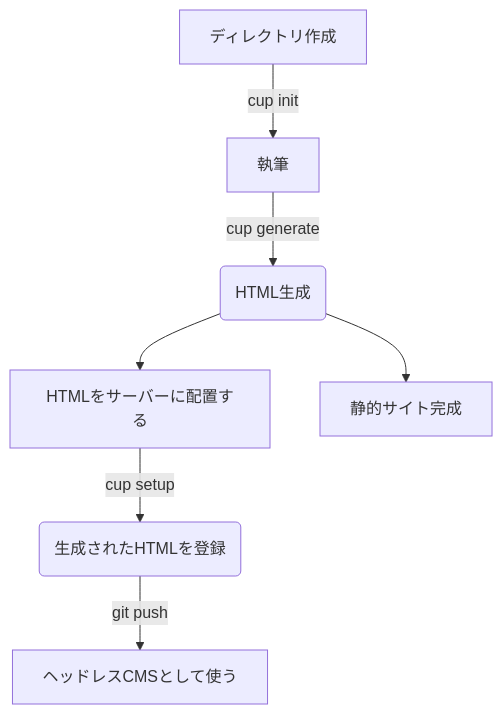
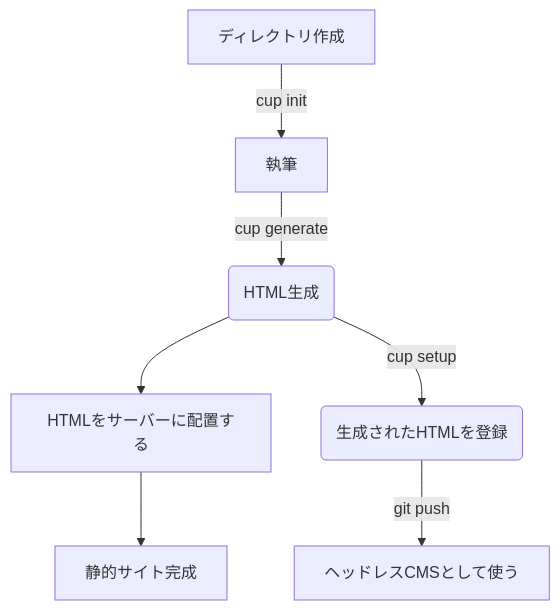
Before and after one commit to Comamoca/cappuccino: the diagram in README.md, drawn with Mermaid.

Commit message:
フローチャートの修正
フローチャートで矢印の対応がおかしくなっていたので修正しました。

````diff
--- a/README.md
+++ b/README.md
@@ -38,9 +38,9 @@
 ```mermaid
 graph TD
     A[ディレクトリ作成]
     A --> |cup init|B[執筆] -->|cup generate| C(HTML生成)
     C --> D[HTMLをサーバーに配置する]
-    C --> E[静的サイト完成]
-    D --> |cup setup| F(生成されたHTMLを登録)
+    D --> E[静的サイト完成]
+    C --> |cup setup| F(生成されたHTMLを登録)
     F --> |git push| G[ヘッドレスCMSとして使う]
 ```
````
